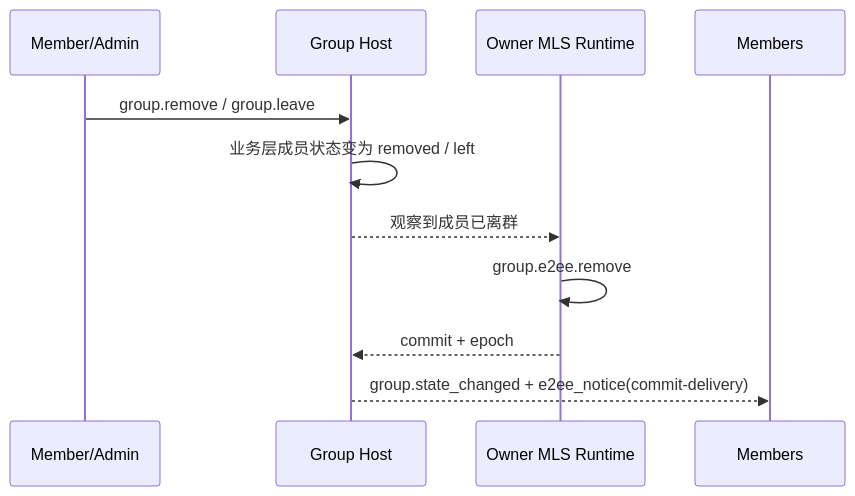
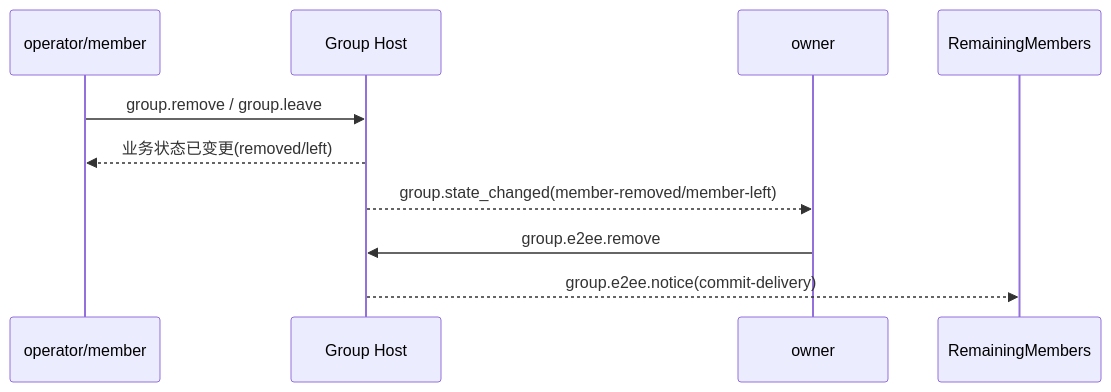
The fourth of 5 diagrams in chinese/message/06-群组端到端加密.md (NeatNerdPrime/AgentNetworkProtocol), drawn with Mermaid before and after one commit. The commit also changed other lines of this file, not shown here.

Commit message:
update message group e2ee protocol

````diff
--- a/chinese/message/06-群组端到端加密.md
+++ b/chinese/message/06-群组端到端加密.md
@@ -1011,13 +1198,12 @@
 ```mermaid
 sequenceDiagram
-    participant Member as Member/Admin
-    participant Host as Group Host
-    participant Owner as Owner MLS Runtime
+    participant X as operator/member
+    participant H as Group Host
+    participant O as owner
 
-    Member->>Host: group.remove / group.leave
-    Host->>Host: 业务层成员状态变为 removed / left
-    Host-->>Owner: 观察到成员已离群
-    Owner->>Owner: group.e2ee.remove
-    Owner-->>Host: commit + epoch
-    Host-->>Members: group.state_changed + e2ee_notice(commit-delivery)
+    X->>H: group.remove / group.leave
+    H-->>X: 业务状态已变更(removed/left)
+    H-->>O: group.state_changed(member-removed/member-left)
+    O->>H: group.e2ee.remove
+    H-->>RemainingMembers: group.e2ee.notice(commit-delivery)
 ```
````
